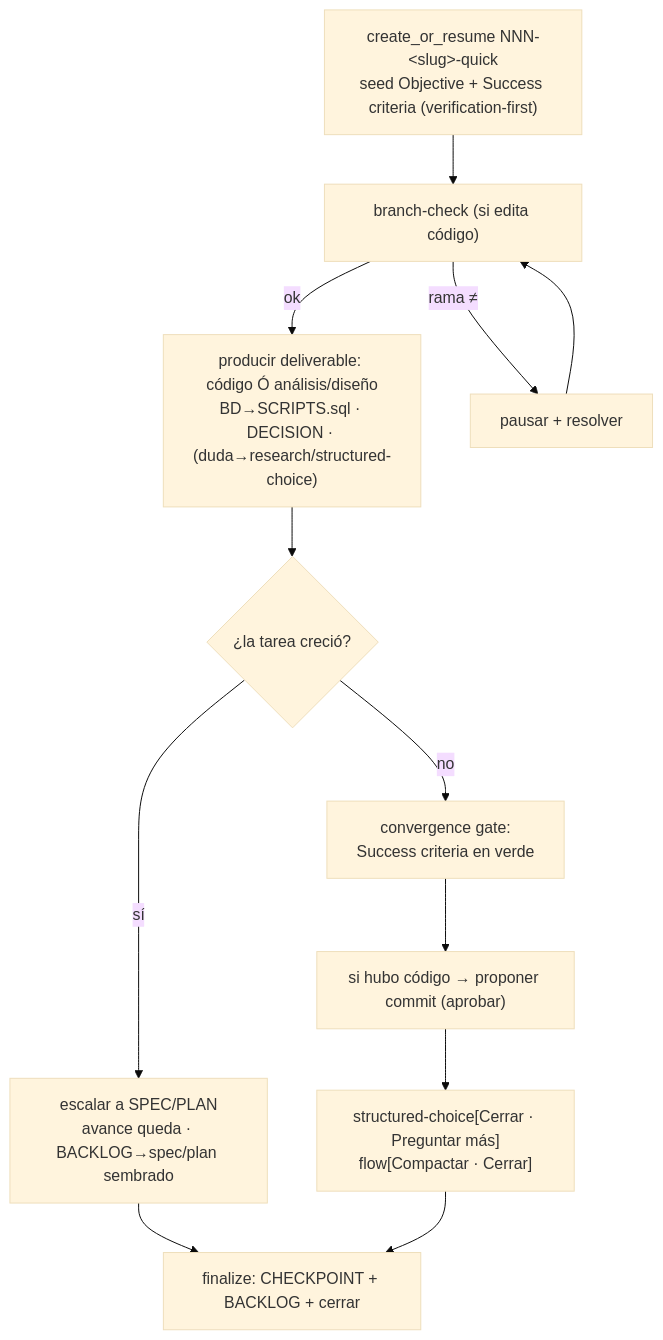
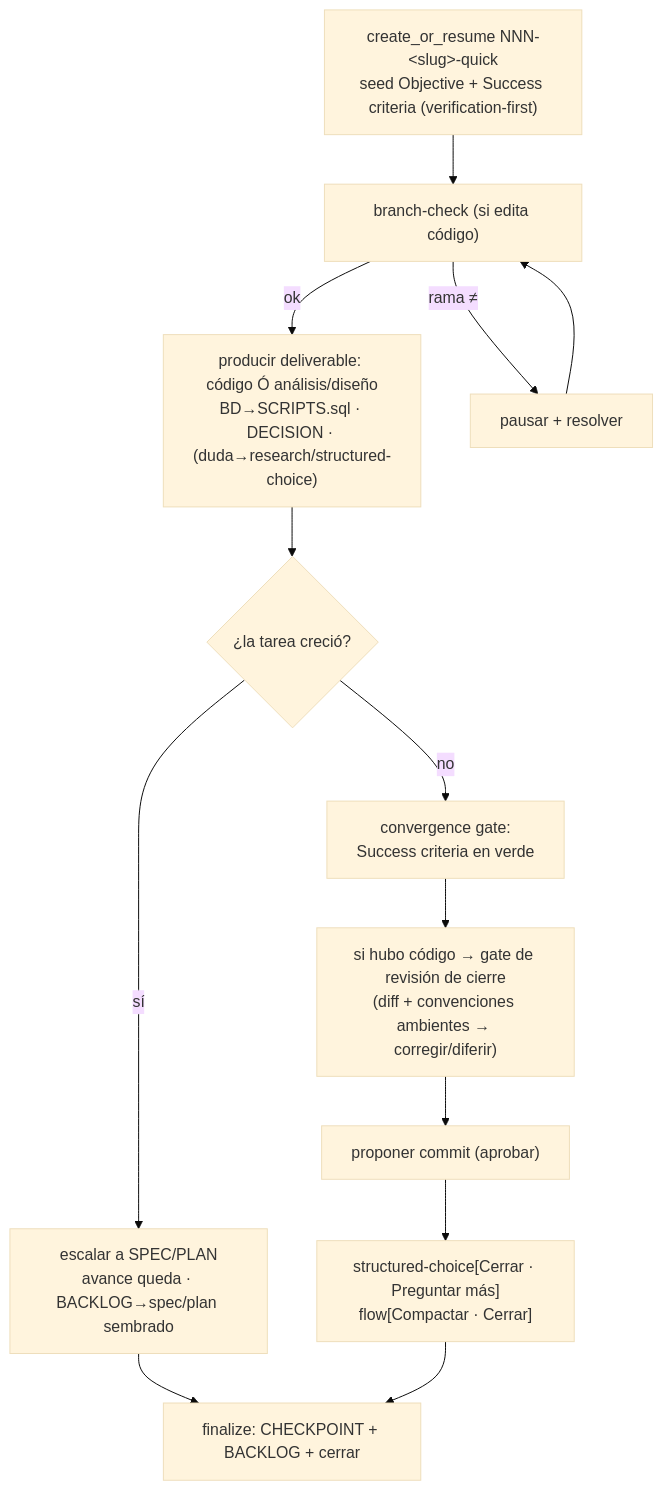
The diagram in skills/w/loops/quick-loop/SKILL.md (Tacuchi/agent-workflow-cli), drawn with Mermaid (base theme) before and after one commit. The commit also changed other lines of this file and 8 other files, not shown here.

Commit message:
feat(bundle): gate de revisión de cierre pre-commit en plan-exec-loop/quick-loop (bundle w 9.6.0)

````diff
--- a/skills/w/loops/quick-loop/SKILL.md
+++ b/skills/w/loops/quick-loop/SKILL.md
@@ -99,14 +104,15 @@
 ```mermaid
 flowchart TD
     S["create_or_resume NNN-&lt;slug&gt;-quick<br/>seed Objective + Success criteria (verification-first)"] --> G["branch-check (si edita código)"]
     G -->|ok| DO["producir deliverable: código Ó análisis/diseño<br/>BD→SCRIPTS.sql · DECISION · (duda→research/structured-choice)"]
     G -->|rama ≠| PA["pausar + resolver"]
     PA --> G
     DO --> GROW{"¿la tarea creció?"}
     GROW -->|sí| ESC["escalar a SPEC/PLAN<br/>avance queda · BACKLOG→spec/plan sembrado"]
     ESC --> FIN
     GROW -->|no| V["convergence gate:<br/>Success criteria en verde"]
-    V --> CM["si hubo código → proponer commit (aprobar)"]
+    V --> RV["si hubo código → gate de revisión de cierre<br/>(diff + convenciones ambientes → corregir/diferir)"]
+    RV --> CM["proponer commit (aprobar)"]
     CM --> Q["structured-choice[Cerrar · Preguntar más]<br/>flow[Compactar · Cerrar]"]
     Q --> FIN["finalize: CHECKPOINT + BACKLOG + cerrar"]
 ```
````
